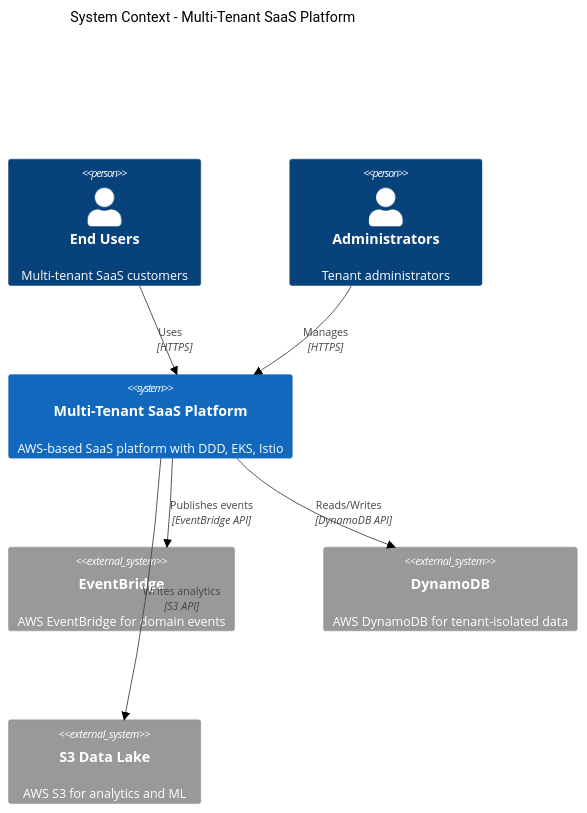
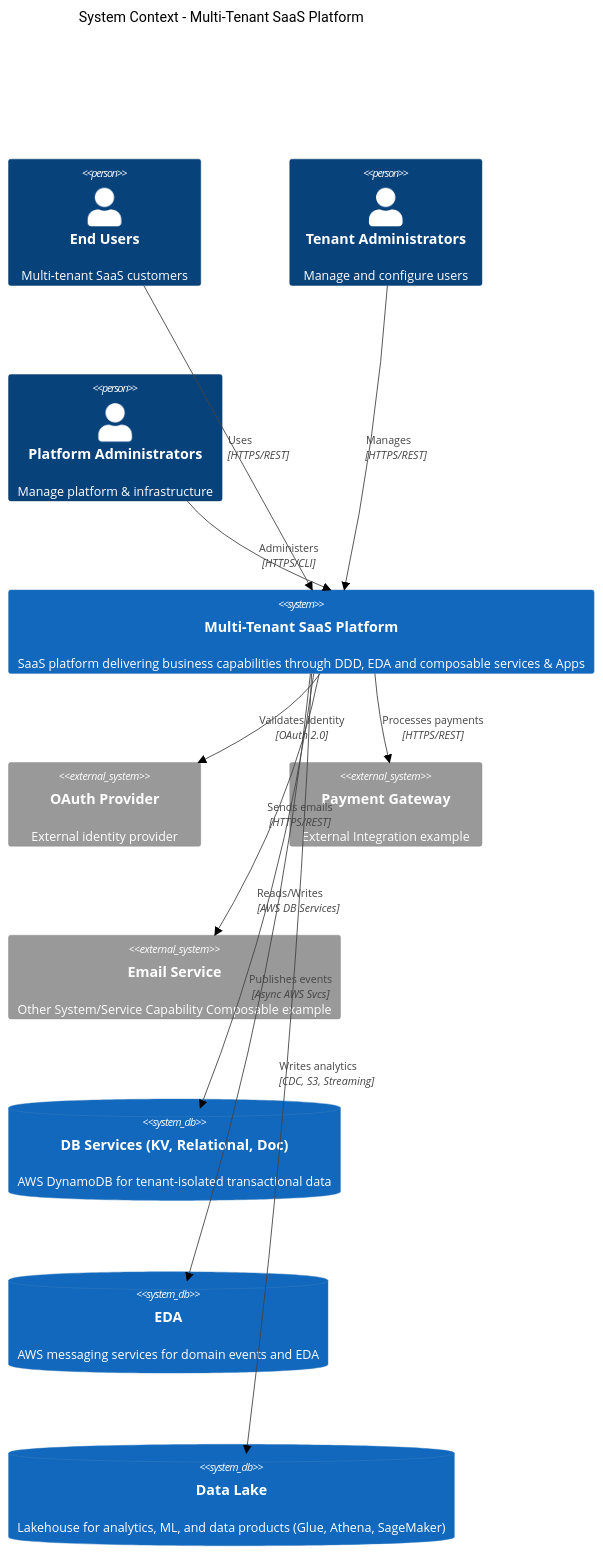
One commit to lucasrfreitasbr/ey-multitenant-architecture changed the diagram in README.md. Above: the diagram before and after it, drawn with Mermaid (neutral theme). The commit also changed other lines of this file and 16 other files, not shown here.

Commit message:
Enterprise Architecture refinement

````diff
--- a/README.md
+++ b/README.md
@@ -30,19 +30,30 @@
 ```mermaid
 C4Context
     title System Context - Multi-Tenant SaaS Platform
     
-    Person(users, "End Users", "Multi-tenant SaaS customers")
-    Person(admins, "Administrators", "Tenant administrators")
+    Person(endUsers, "End Users", "Multi-tenant SaaS customers")
+    Person(tenantAdmins, "Tenant Administrators", "Manage and configure users")
+    Person(platformAdmins, "Platform Administrators", "Manage platform & infrastructure")
     
-    System(saas, "Multi-Tenant SaaS Platform", "AWS-based SaaS platform with DDD, EKS, Istio")
+    System(saasPlatform, "Multi-Tenant SaaS Platform", "SaaS platform delivering business capabilities through DDD, EDA and composable services & Apps")
     
-    System_Ext(eventbridge, "EventBridge", "AWS EventBridge for domain events")
-    System_Ext(dynamodb, "DynamoDB", "AWS DynamoDB for tenant-isolated data")
-    System_Ext(s3, "S3 Data Lake", "AWS S3 for analytics and ML")
+    System_Ext(authProvider, "OAuth Provider", "External identity provider")
+    System_Ext(paymentGateway, "Payment Gateway", "External Integration example")
+    System_Ext(emailService, "Email Service", "Other System/Service Capability Composable example")
     
-    Rel(users, saas, "Uses", "HTTPS")
-    Rel(admins, saas, "Manages", "HTTPS")
-    Rel(saas, eventbridge, "Publishes events", "EventBridge API")
-    Rel(saas, dynamodb, "Reads/Writes", "DynamoDB API")
-    Rel(saas, s3, "Writes analytics", "S3 API")
+    SystemDb(dynamodb, "DB Services (KV, Relational, Doc)", "AWS DynamoDB for tenant-isolated transactional data")
+    SystemDb(eventbridge, "EDA", "AWS messaging services for domain events and EDA")
+    SystemDb(s3Lake, "Data Lake", "Lakehouse for analytics, ML, and data products (Glue, Athena, SageMaker)")
+    
+    Rel(endUsers, saasPlatform, "Uses", "HTTPS/REST")
+    Rel(tenantAdmins, saasPlatform, "Manages", "HTTPS/REST")
+    Rel(platformAdmins, saasPlatform, "Administers", "HTTPS/CLI")
+    
+    Rel(saasPlatform, authProvider, "Validates identity", "OAuth 2.0")
+    Rel(saasPlatform, paymentGateway, "Processes payments", "HTTPS/REST")
+    Rel(saasPlatform, emailService, "Sends emails", "HTTPS/REST")
+    
+    Rel(saasPlatform, dynamodb, "Reads/Writes", "AWS DB Services")
+    Rel(saasPlatform, eventbridge, "Publishes events", "Async AWS Svcs")
+    Rel(saasPlatform, s3Lake, "Writes analytics", "CDC, S3, Streaming")
 ```
````
